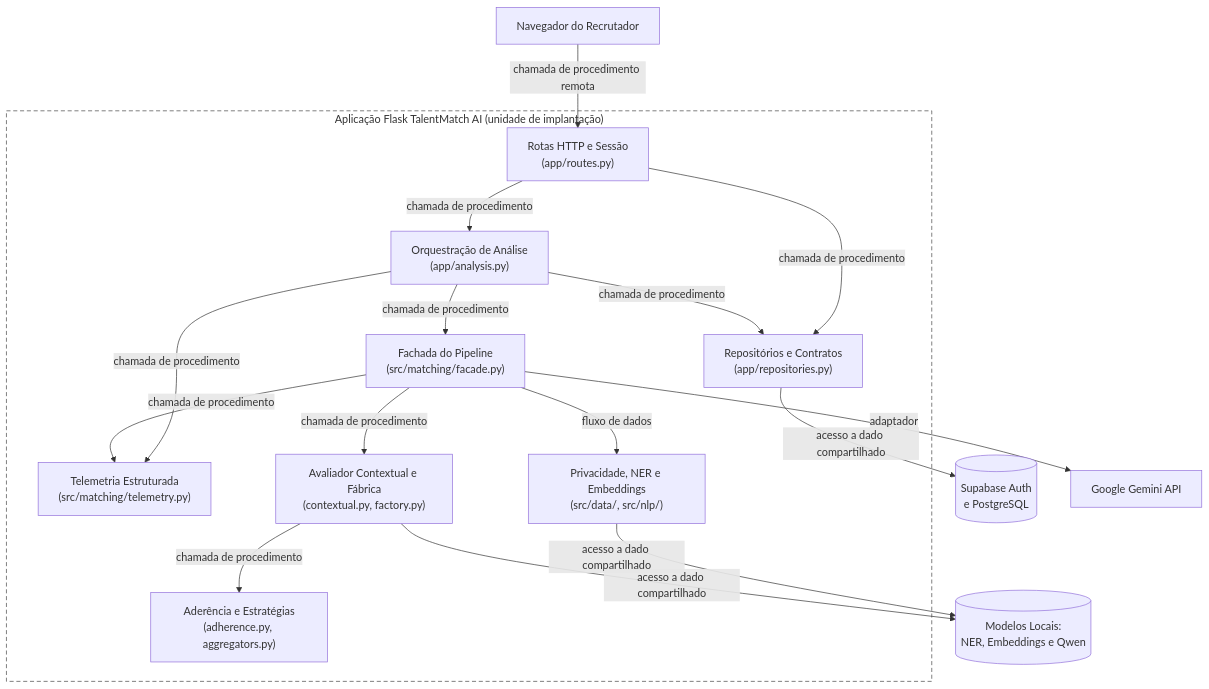
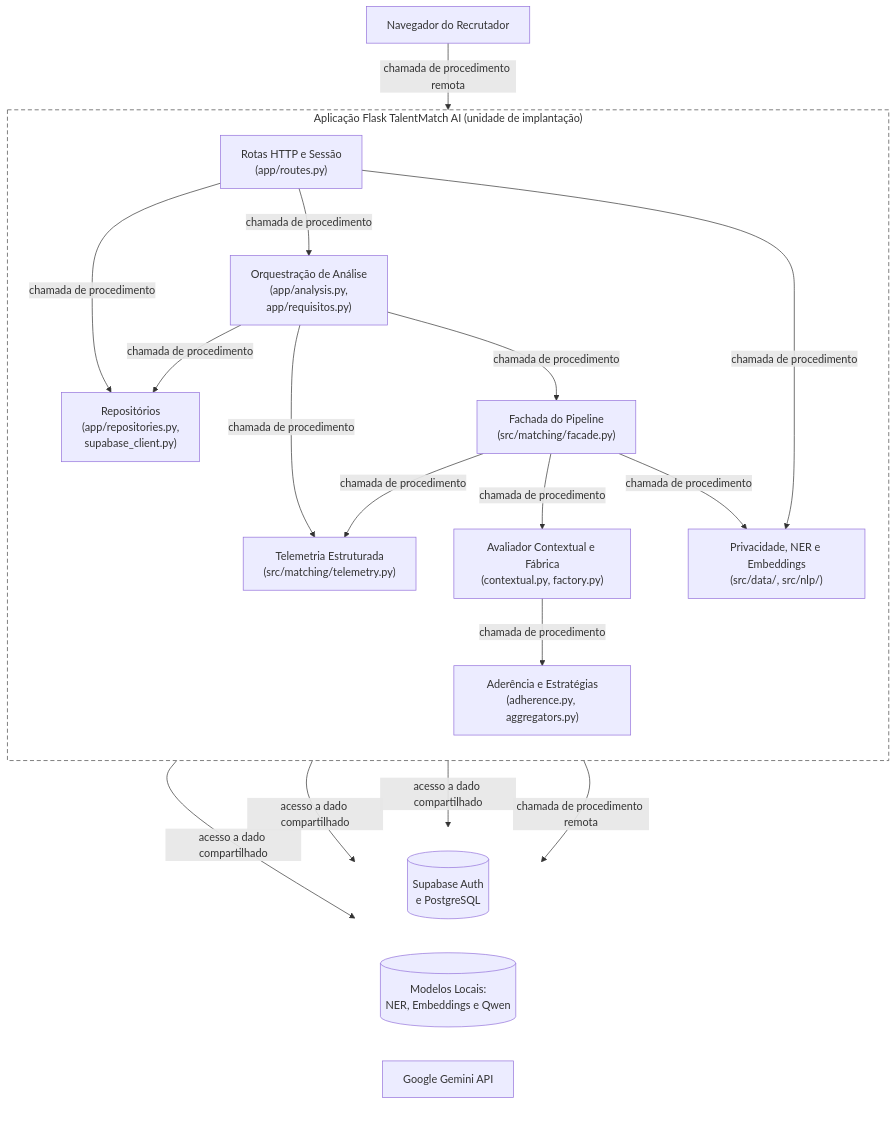
The fourth of 5 diagrams in docs/3-arquitetura.md (Makezuko/SI-PI6-2026-T101-G04), drawn with Mermaid before and after one commit. The commit also changed other lines of this file and 7 other files, not shown here.

Commit message:
docs(arquitetura): corrige C4 nível 2, diagramas GoF e conectores conforme revisão

````diff
--- a/docs/3-arquitetura.md
+++ b/docs/3-arquitetura.md
@@ -293,36 +303,45 @@
 ```mermaid
 flowchart TB
     nav["Navegador do Recrutador"]
 
     subgraph aplicacao["Aplicação Flask TalentMatch AI (unidade de implantação)"]
+        direction TB
         rotas["Rotas HTTP e Sessão<br/>(app/routes.py)"]
-        repos["Repositórios e Contratos<br/>(app/repositories.py)"]
-        analise["Orquestração de Análise<br/>(app/analysis.py)"]
+        repos["Repositórios<br/>(app/repositories.py,<br/>supabase_client.py)"]
+        analise["Orquestração de Análise<br/>(app/analysis.py,<br/>app/requisitos.py)"]
+        telemetria["Telemetria Estruturada<br/>(src/matching/telemetry.py)"]
         fachada["Fachada do Pipeline<br/>(src/matching/facade.py)"]
-        telemetria["Telemetria Estruturada<br/>(src/matching/telemetry.py)"]
+        contextual["Avaliador Contextual e Fábrica<br/>(contextual.py, factory.py)"]
         nlp_priv["Privacidade, NER e Embeddings<br/>(src/data/, src/nlp/)"]
-        contextual["Avaliador Contextual e Fábrica<br/>(contextual.py, factory.py)"]
         aderencia["Aderência e Estratégias<br/>(adherence.py, aggregators.py)"]
     end
 
-    supabase[("Supabase Auth<br/>e PostgreSQL")]
-    modelos[("Modelos Locais:<br/>NER, Embeddings e Qwen")]
-    gemini["Google Gemini API"]
+    subgraph externos[" "]
+        direction LR
+        supabase[("Supabase Auth<br/>e PostgreSQL")]
+        modelos[("Modelos Locais:<br/>NER, Embeddings e Qwen")]
+        gemini["Google Gemini API"]
+    end
 
     nav -->|"chamada de procedimento remota"| rotas
     rotas -->|"chamada de procedimento"| repos
     rotas -->|"chamada de procedimento"| analise
+    rotas -->|"chamada de procedimento"| nlp_priv
     analise -->|"chamada de procedimento"| repos
+    analise -->|"chamada de procedimento"| telemetria
     analise -->|"chamada de procedimento"| fachada
-    analise -->|"chamada de procedimento"| telemetria
     fachada -->|"chamada de procedimento"| telemetria
-    fachada -->|"fluxo de dados"| nlp_priv
     fachada -->|"chamada de procedimento"| contextual
+    fachada -->|"chamada de procedimento"| nlp_priv
     contextual -->|"chamada de procedimento"| aderencia
+
     repos -->|"acesso a dado compartilhado"| supabase
+    contextual -->|"acesso a dado compartilhado"| modelos
     nlp_priv -->|"acesso a dado compartilhado"| modelos
-    contextual -->|"acesso a dado compartilhado"| modelos
-    fachada -->|"adaptador"| gemini
+    fachada -->|"chamada de procedimento remota"| gemini
+
+    aderencia ~~~ modelos
 
     style aplicacao fill:#ffffff,stroke:#444444,stroke-dasharray: 6 4
+    style externos fill:none,stroke:none
 ```
````
